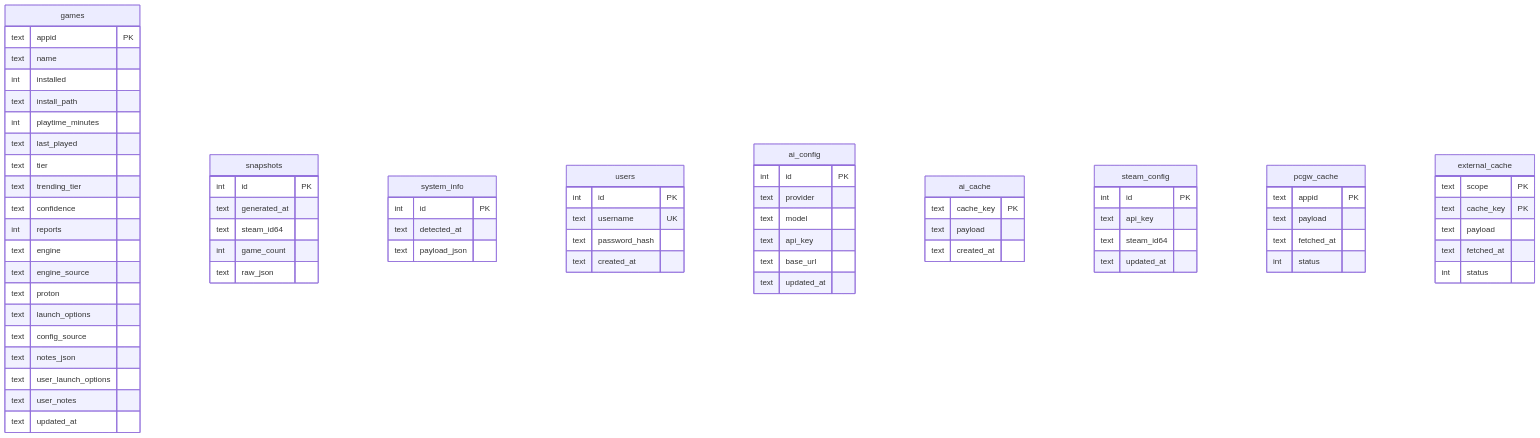
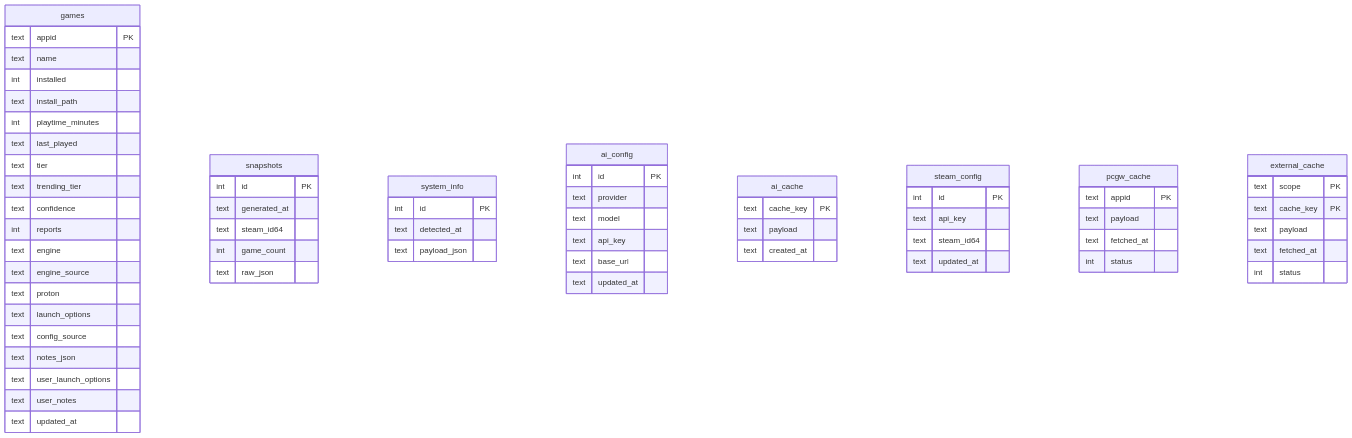
One commit to rmarquespaixao-eng/protondeck changed the third of 3 diagrams in README.md. Above: the diagram before and after it, drawn with Mermaid. The commit also changed other lines of this file and 160 other files, not shown here.

````diff
--- a/README.md
+++ b/README.md
@@ -450,74 +350,68 @@
 ```mermaid
 erDiagram
     games {
         text appid PK
         text name
         int installed
         text install_path
         int playtime_minutes
         text last_played
         text tier
         text trending_tier
         text confidence
         int reports
         text engine
         text engine_source
         text proton
         text launch_options
         text config_source
         text notes_json
         text user_launch_options
         text user_notes
         text updated_at
     }
     snapshots {
         int id PK
         text generated_at
         text steam_id64
         int game_count
         text raw_json
     }
     system_info {
         int id PK
         text detected_at
         text payload_json
     }
-    users {
-        int id PK
-        text username UK
-        text password_hash
-        text created_at
-    }
     ai_config {
         int id PK
         text provider
         text model
         text api_key
         text base_url
         text updated_at
     }
     ai_cache {
         text cache_key PK
         text payload
         text created_at
     }
     steam_config {
         int id PK
         text api_key
         text steam_id64
         text updated_at
     }
     pcgw_cache {
         text appid PK
         text payload
         text fetched_at
         int status
     }
     external_cache {
         text scope PK
         text cache_key PK
         text payload
         text fetched_at
         int status
     }
 ```
````
